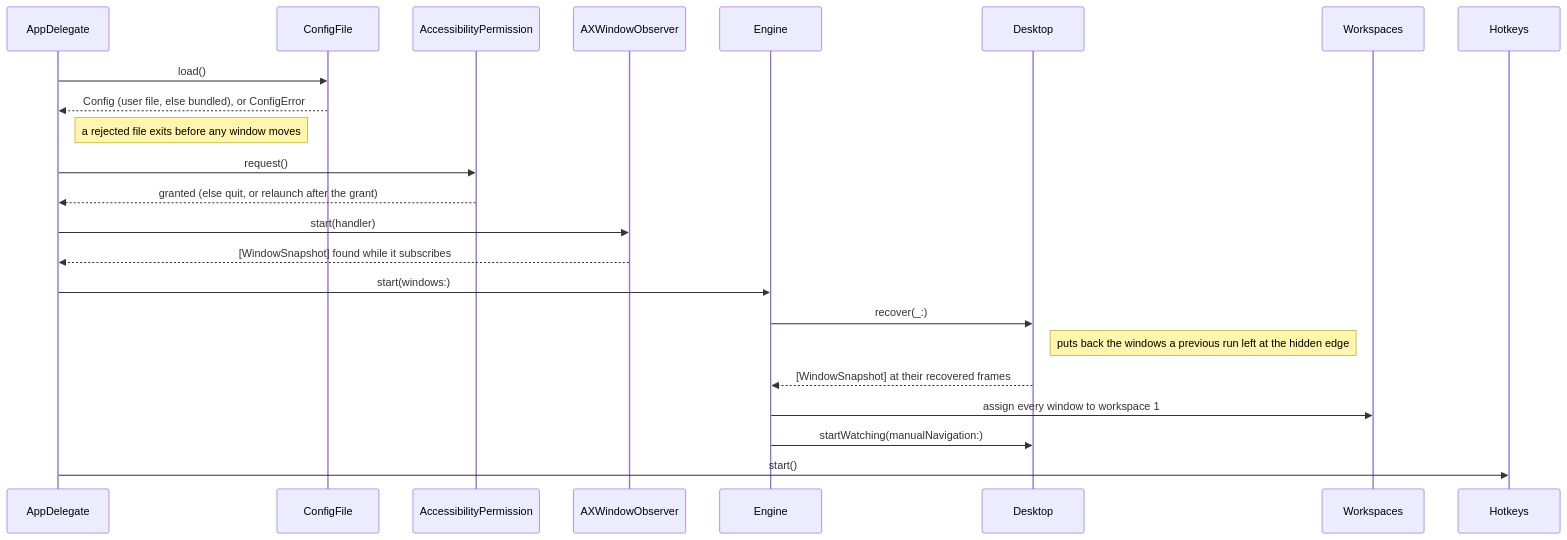
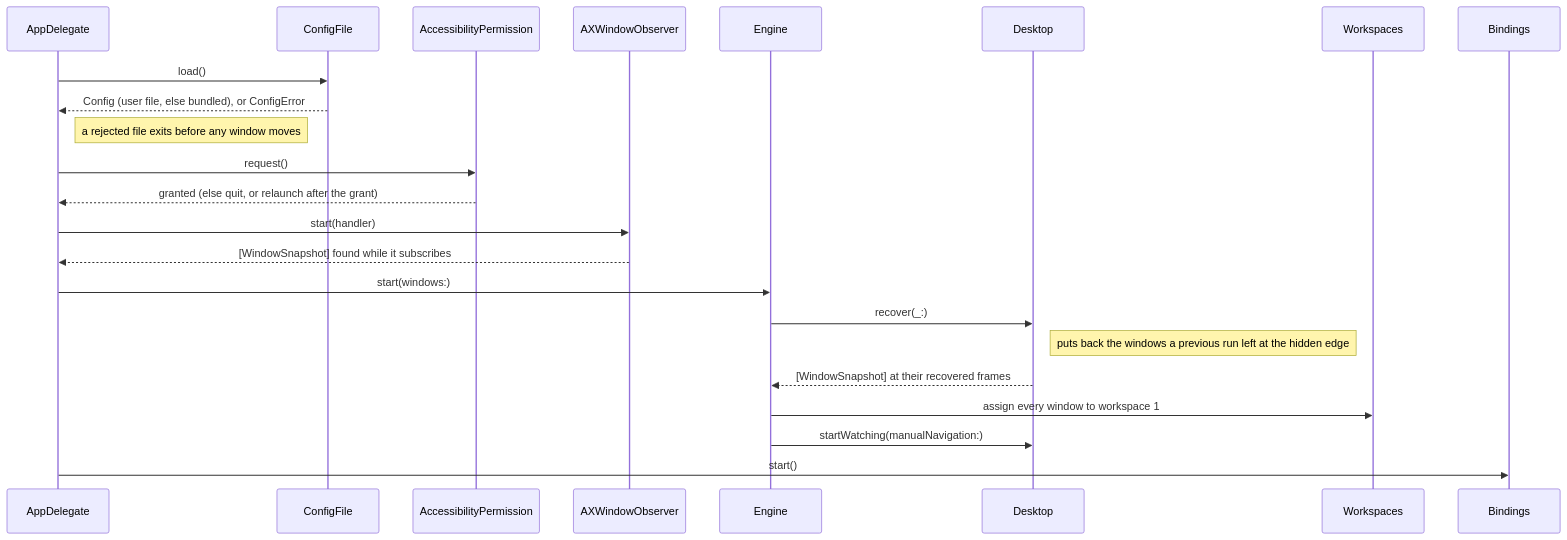
The second of 4 diagrams in ARCHITECTURE.md (brennovich/ottowm), drawn with Mermaid before and after one commit. The commit also changed other lines of this file and 5 other files, not shown here.

First line of the commit message:
Extract bindings and shutdown from AppDelegate

````diff
--- a/ARCHITECTURE.md
+++ b/ARCHITECTURE.md
@@ -96,17 +104,17 @@
 ```mermaid
 sequenceDiagram
     AppDelegate->>ConfigFile: load()
     ConfigFile-->>AppDelegate: Config (user file, else bundled), or ConfigError
     Note right of AppDelegate: a rejected file exits before any window moves
     AppDelegate->>AccessibilityPermission: request()
     AccessibilityPermission-->>AppDelegate: granted (else quit, or relaunch after the grant)
     AppDelegate->>AXWindowObserver: start(handler)
     AXWindowObserver-->>AppDelegate: [WindowSnapshot] found while it subscribes
     AppDelegate->>Engine: start(windows:)
     Engine->>Desktop: recover(_:)
     Note right of Desktop: puts back the windows a previous run left at the hidden edge
     Desktop-->>Engine: [WindowSnapshot] at their recovered frames
     Engine->>Workspaces: assign every window to workspace 1
     Engine->>Desktop: startWatching(manualNavigation:)
-    AppDelegate->>Hotkeys: start()
+    AppDelegate->>Bindings: start()
 ```
````
